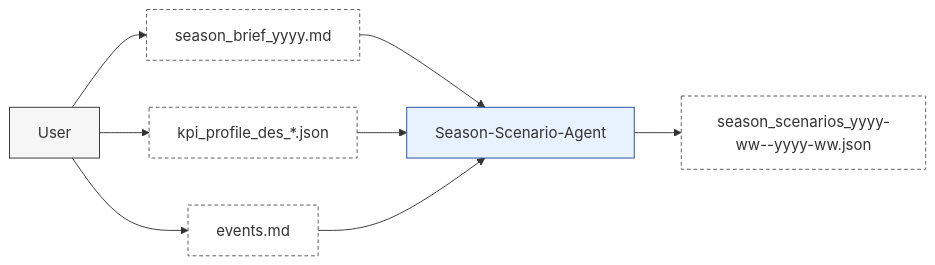
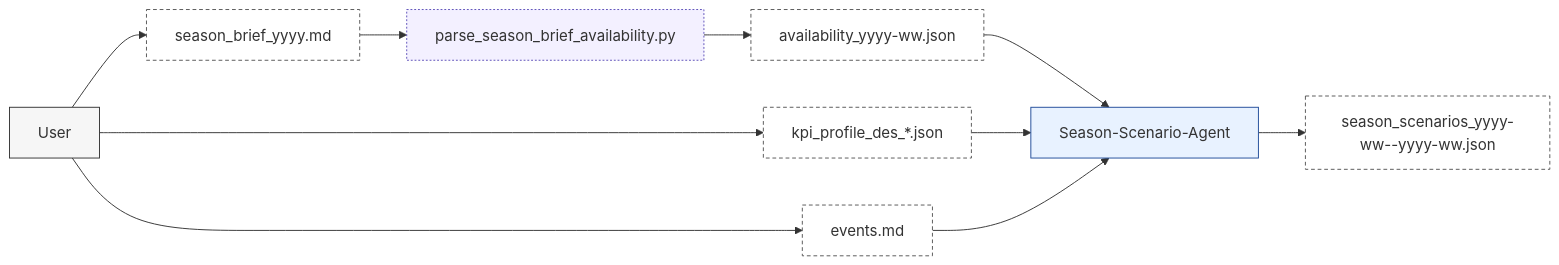
Before and after one commit to albauer-priv/RPS: the second of 8 diagrams in doc/artefact_flow_overview_and_detail.md, drawn with Mermaid. The commit also changed other lines of this file and 42 other files, not shown here.

Commit message:
Add availability artefact and update planning contracts

````diff
--- a/doc/artefact_flow_overview_and_detail.md
+++ b/doc/artefact_flow_overview_and_detail.md
@@ -124,10 +131,11 @@
 ```mermaid
 flowchart LR
-  U[User]:::actor --> SB[season_brief_yyyy.md]:::artefact --> SS[Season-Scenario-Agent]:::agent
+  U[User]:::actor --> SB[season_brief_yyyy.md]:::artefact --> AVP[parse_season_brief_availability.py]:::script --> AV[availability_yyyy-ww.json]:::artefact --> SS[Season-Scenario-Agent]:::agent
   U --> KP[kpi_profile_des_*.json]:::artefact --> SS
   U --> EV[events.md]:::artefact --> SS
   SS --> SC[season_scenarios_yyyy-ww--yyyy-ww.json]:::artefact
   classDef actor fill:#f6f6f6,stroke:#333,stroke-width:1px;
   classDef agent fill:#e8f2ff,stroke:#1f4b99,stroke-width:1px;
   classDef artefact fill:#ffffff,stroke:#555,stroke-dasharray: 4 3,stroke-width:1px;
+  classDef script fill:#f3f0ff,stroke:#5b4db8,stroke-width:1px,stroke-dasharray: 2 2;
 ```
````
